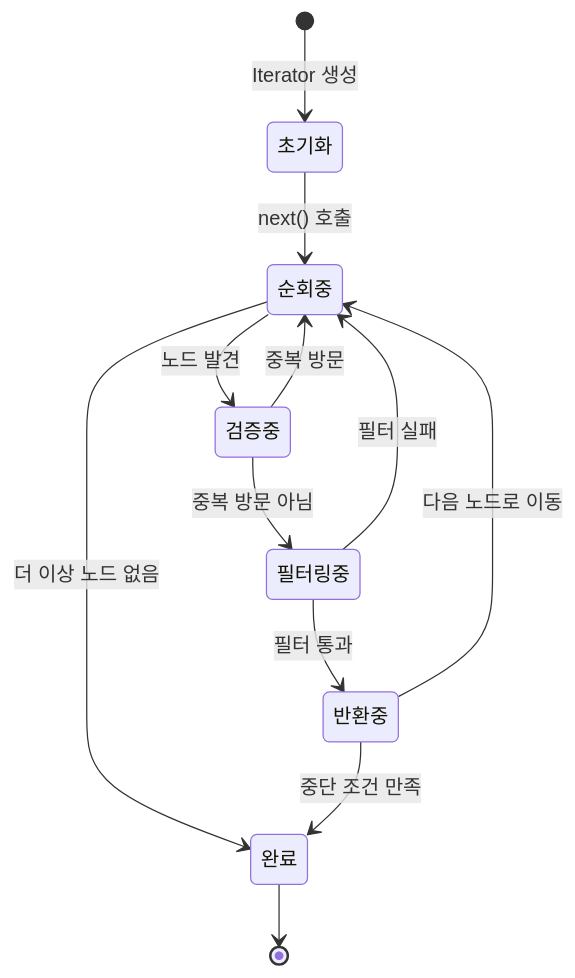
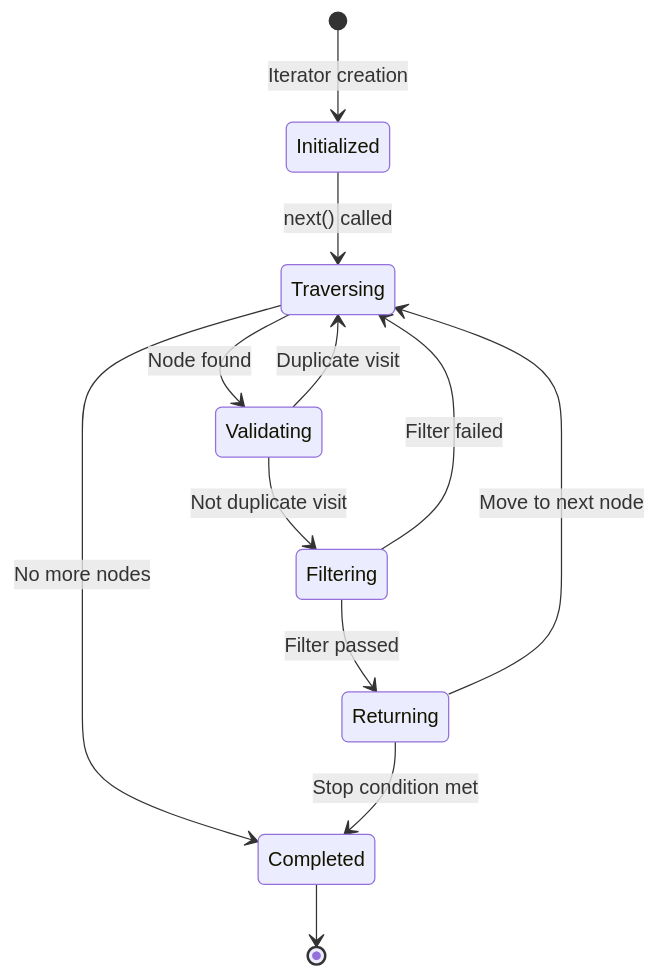
One commit to barocss/barocss-editor changed the fourth of 7 diagrams in packages/datastore/docs/document-iterator-spec.md. Above: the diagram before and after it, drawn with Mermaid. The commit also changed other lines of this file and 147 other files, not shown here.

````diff
--- a/packages/datastore/docs/document-iterator-spec.md
+++ b/packages/datastore/docs/document-iterator-spec.md
@@ -149,14 +149,14 @@
 ```mermaid
 stateDiagram-v2
-    [*] --> 초기화: Iterator 생성
-    초기화 --> 순회중: next() 호출
-    순회중 --> 검증중: 노드 발견
-    검증중 --> 필터링중: 중복 방문 아님
-    필터링중 --> 반환중: 필터 통과
-    반환중 --> 순회중: 다음 노드로 이동
-    검증중 --> 순회중: 중복 방문
-    필터링중 --> 순회중: 필터 실패
-    순회중 --> 완료: 더 이상 노드 없음
-    반환중 --> 완료: 중단 조건 만족
-    완료 --> [*]
+    [*] --> Initialized: Iterator creation
+    Initialized --> Traversing: next() called
+    Traversing --> Validating: Node found
+    Validating --> Filtering: Not duplicate visit
+    Filtering --> Returning: Filter passed
+    Returning --> Traversing: Move to next node
+    Validating --> Traversing: Duplicate visit
+    Filtering --> Traversing: Filter failed
+    Traversing --> Completed: No more nodes
+    Returning --> Completed: Stop condition met
+    Completed --> [*]
 ```
````
